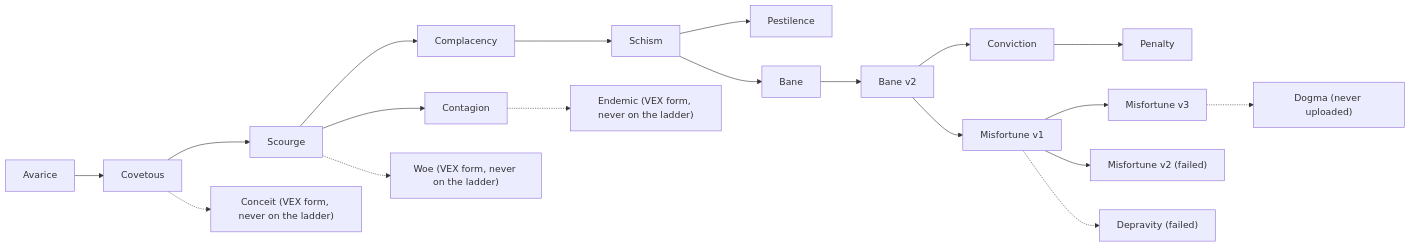
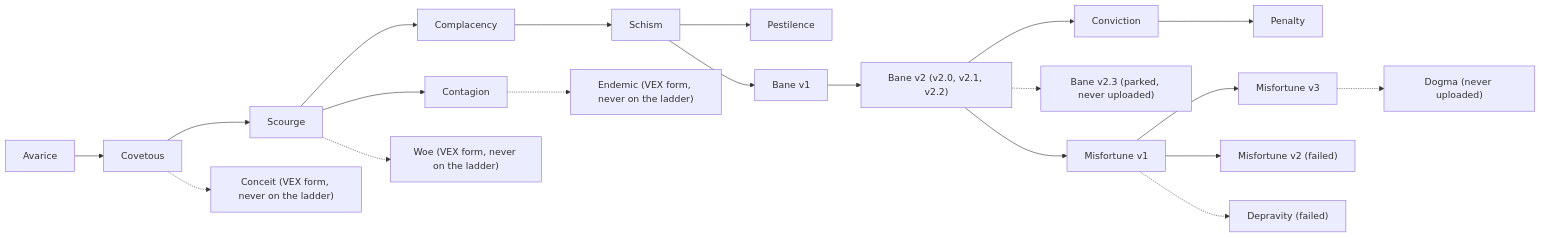
The second of 2 diagrams in architecture/cells-and-experiments.md (avarice-dev/AI-CellHack2), drawn with Mermaid before and after one commit. The commit also changed other lines of this file and 2 other files, not shown here.

Commit message:
Docs review pass 1: complete the lineage diagram, define Cap B, Gate 1, arming and the external reviewer, align Bane v2.1 figures

````diff
--- a/architecture/cells-and-experiments.md
+++ b/architecture/cells-and-experiments.md
@@ -102,16 +102,16 @@
 ```mermaid
 flowchart LR
-    S["Avarice"] --> C["Covetous"] --> SC["Scourge"] --> CO["Contagion"]
-    SC --> CP["Complacency"]
-    CP --> SM["Schism"]
+    AV["Avarice"] --> CV1["Covetous"] --> SC["Scourge"] --> CT["Contagion"]
+    SC --> CP["Complacency"] --> SM["Schism"]
     SC -.-> W["Woe (VEX form, never on the ladder)"]
-    C -.-> CN["Conceit (VEX form, never on the ladder)"]
-    CO -.-> E["Endemic (VEX form, never on the ladder)"]
+    CV1 -.-> CN["Conceit (VEX form, never on the ladder)"]
+    CT -.-> E["Endemic (VEX form, never on the ladder)"]
     SM --> P["Pestilence"]
-    SM --> B["Bane"] --> B2["Bane v2"]
+    SM --> B1["Bane v1"] --> B2["Bane v2 (v2.0, v2.1, v2.2)"]
     B2 --> CV["Conviction"] --> PN["Penalty"]
+    B2 -.-> B3["Bane v2.3 (parked, never uploaded)"]
     B2 --> MF["Misfortune v1"] --> MF3["Misfortune v3"]
     MF --> MF2["Misfortune v2 (failed)"]
     MF -.-> DP["Depravity (failed)"]
     MF3 -.-> DG["Dogma (never uploaded)"]
 ```
````
